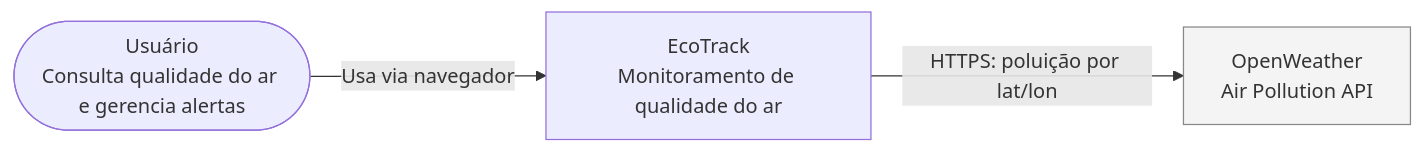
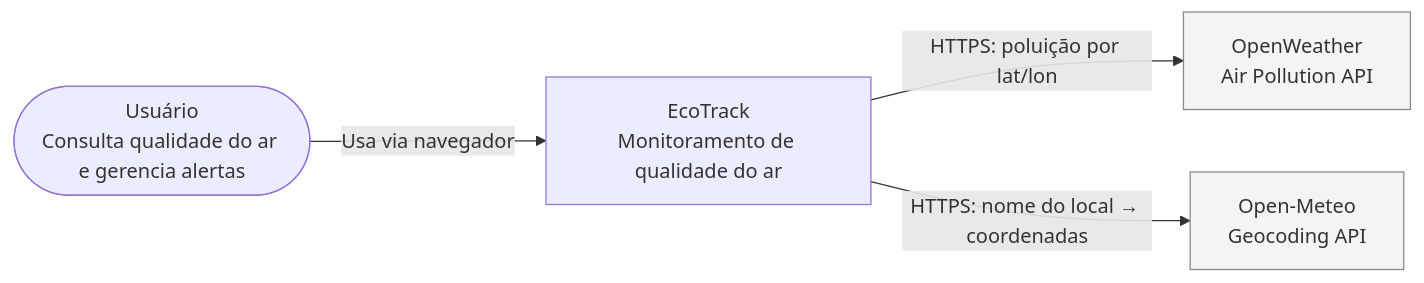
One commit to aquiles-santos/ecotrack-backend changed the first of 2 diagrams in README.md. Above: the diagram before and after it, drawn with Mermaid. The commit also changed other lines of this file and 7 other files, not shown here.

Commit message:
feat: add Open-Meteo geocode proxy with resilience

````diff
--- a/README.md
+++ b/README.md
@@ -21,11 +21,14 @@
 ```mermaid
 flowchart LR
     user(["Usuário<br/>Consulta qualidade do ar e gerencia alertas"])
     ecotrack["EcoTrack<br/>Monitoramento de qualidade do ar"]
     openweather["OpenWeather<br/>Air Pollution API"]
+    openmeteo["Open-Meteo<br/>Geocoding API"]
 
     user -->|Usa via navegador| ecotrack
     ecotrack -->|HTTPS: poluição por lat/lon| openweather
+    ecotrack -->|HTTPS: nome do local → coordenadas| openmeteo
 
     style openweather fill:#f4f4f4,stroke:#888
+    style openmeteo fill:#f4f4f4,stroke:#888
 ```
````
